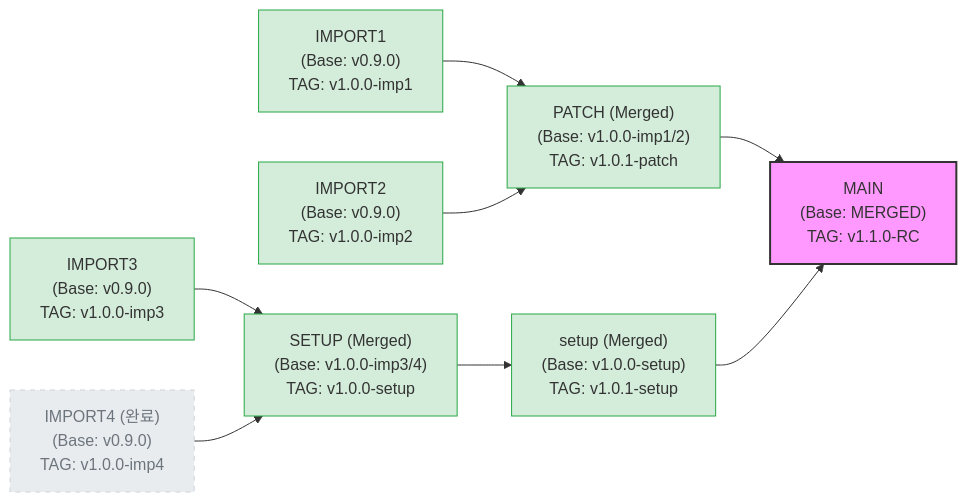
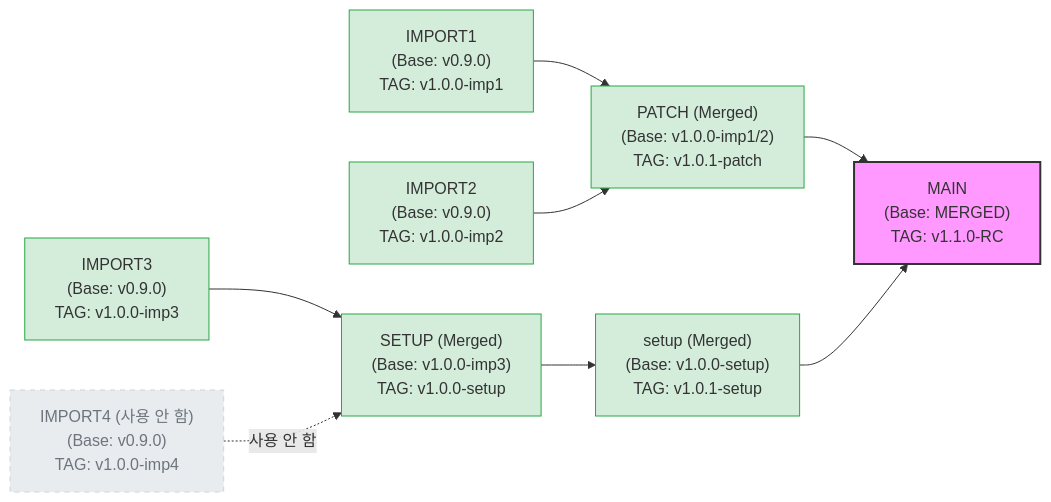
Before and after one commit to ysh1380/Releases-Board: the diagram in WIKI.md, drawn with Mermaid. The commit also changed other lines of this file, not shown here.

Commit message:
docs: deprecate IMPORT4 to SETUP flow in workflows and diagram

````diff
--- a/WIKI.md
+++ b/WIKI.md
@@ -37,35 +37,35 @@
 ```mermaid
 graph LR
     %% Branch/Node Definition
     I1["IMPORT1<br/>(Base: v0.9.0)<br/>TAG: v1.0.0-imp1"]
     I2["IMPORT2<br/>(Base: v0.9.0)<br/>TAG: v1.0.0-imp2"]
     
     I3["IMPORT3<br/>(Base: v0.9.0)<br/>TAG: v1.0.0-imp3"]
-    I4["IMPORT4 (완료)<br/>(Base: v0.9.0)<br/>TAG: v1.0.0-imp4"]
+    I4["IMPORT4 (사용 안 함)<br/>(Base: v0.9.0)<br/>TAG: v1.0.0-imp4"]
     
     P["PATCH (Merged)<br/>(Base: v1.0.0-imp1/2)<br/>TAG: v1.0.1-patch"]
     
-    S1["SETUP (Merged)<br/>(Base: v1.0.0-imp3/4)<br/>TAG: v1.0.0-setup"]
+    S1["SETUP (Merged)<br/>(Base: v1.0.0-imp3)<br/>TAG: v1.0.0-setup"]
     S2["setup (Merged)<br/>(Base: v1.0.0-setup)<br/>TAG: v1.0.1-setup"]
     
     M["MAIN<br/>(Base: MERGED)<br/>TAG: v1.1.0-RC"]
 
     %% Flow Definitions
     I1 --> P
     I2 --> P
     P --> M
     
     I3 --> S1
-    I4 --> S1
+    I4 -.->|사용 안 함| S1
     S1 --> S2
     S2 --> M
     
     %% Styling
     classDef main fill:#f9f,stroke:#333,stroke-width:2px;
     classDef tag fill:#d4edda,stroke:#28a745,stroke-width:1px;
     classDef dimmed fill:#e9ecef,stroke:#ced4da,stroke-width:1px,color:#6c757d,stroke-dasharray: 5 5;
     
     class M main;
     class I1,I2,I3,P,S1,S2 tag;
     class I4,S3,S4 dimmed;
 ```
````
